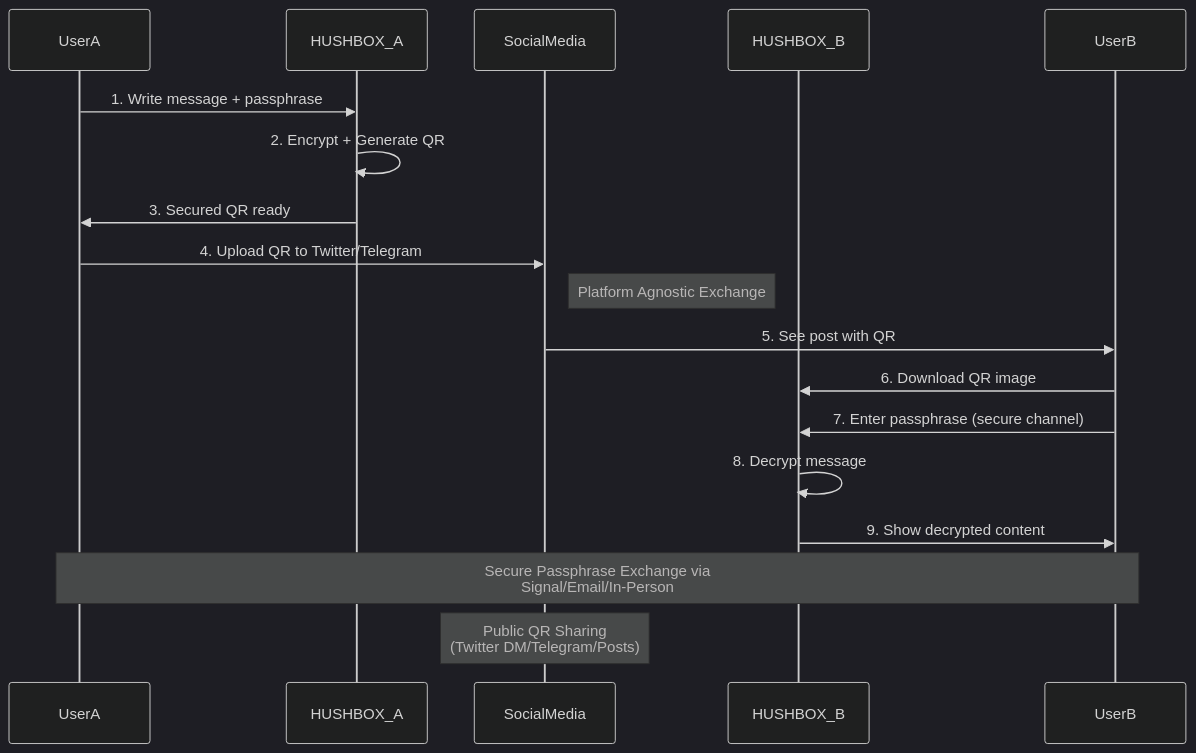
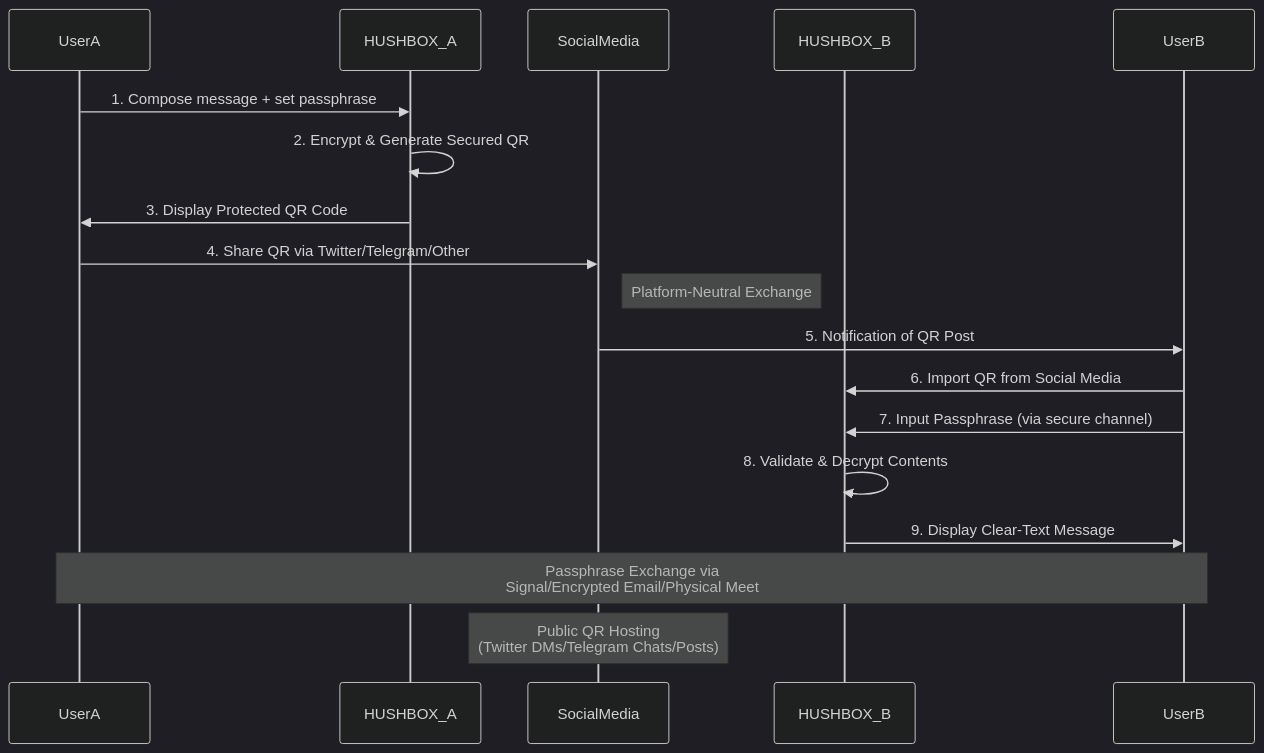
One commit to MPetovick/testHUSHBOX changed the second of 2 diagrams in README.md. Above: the diagram before and after it, drawn with Mermaid (dark theme). The commit also changed other lines of this file, not shown here.

````diff
--- a/README.md
+++ b/README.md
@@ -151,24 +150,24 @@
 ```mermaid
 sequenceDiagram
     participant UserA
     participant HUSHBOX_A
     participant SocialMedia
     participant HUSHBOX_B
     participant UserB
 
-    UserA->>HUSHBOX_A: 1. Write message + passphrase
-    HUSHBOX_A->>HUSHBOX_A: 2. Encrypt + Generate QR
-    HUSHBOX_A->>UserA: 3. Secured QR ready
+    UserA->>HUSHBOX_A: 1. Compose message + set passphrase
+    HUSHBOX_A->>HUSHBOX_A: 2. Encrypt & Generate Secured QR
+    HUSHBOX_A->>UserA: 3. Display Protected QR Code
     
-    UserA->>SocialMedia: 4. Upload QR to Twitter/Telegram
-    Note right of SocialMedia: Platform Agnostic Exchange
-    SocialMedia->>UserB: 5. See post with QR
+    UserA->>SocialMedia: 4. Share QR via Twitter/Telegram/Other
+    Note right of SocialMedia: Platform-Neutral Exchange
+    SocialMedia->>UserB: 5. Notification of QR Post
     
-    UserB->>HUSHBOX_B: 6. Download QR image
-    UserB->>HUSHBOX_B: 7. Enter passphrase (secure channel)
-    HUSHBOX_B->>HUSHBOX_B: 8. Decrypt message
-    HUSHBOX_B->>UserB: 9. Show decrypted content
+    UserB->>HUSHBOX_B: 6. Import QR from Social Media
+    UserB->>HUSHBOX_B: 7. Input Passphrase (via secure channel)
+    HUSHBOX_B->>HUSHBOX_B: 8. Validate & Decrypt Contents
+    HUSHBOX_B->>UserB: 9. Display Clear-Text Message
     
-    Note over UserA,UserB: Secure Passphrase Exchange via<br>Signal/Email/In-Person
-    Note over SocialMedia: Public QR Sharing<br>(Twitter DM/Telegram/Posts)
+    Note over UserA,UserB: Passphrase Exchange via<br>Signal/Encrypted Email/Physical Meet
+    Note over SocialMedia: Public QR Hosting<br>(Twitter DMs/Telegram Chats/Posts)
 ```
````
